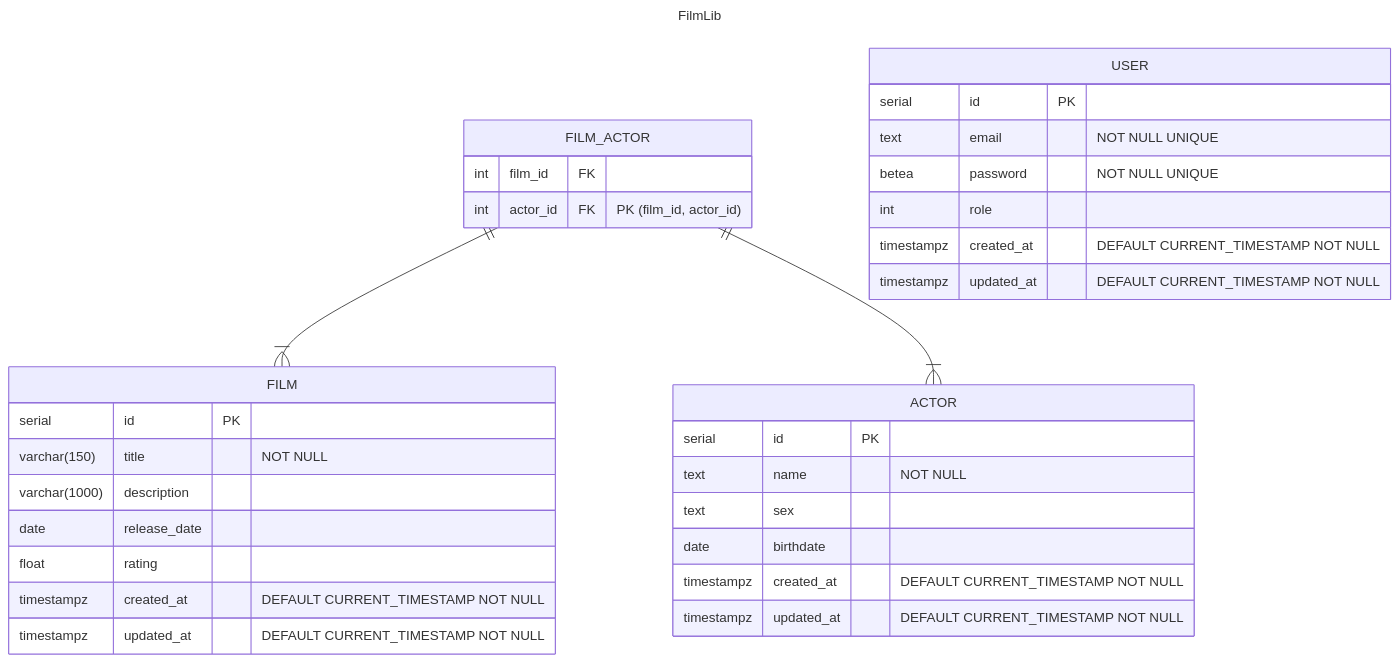
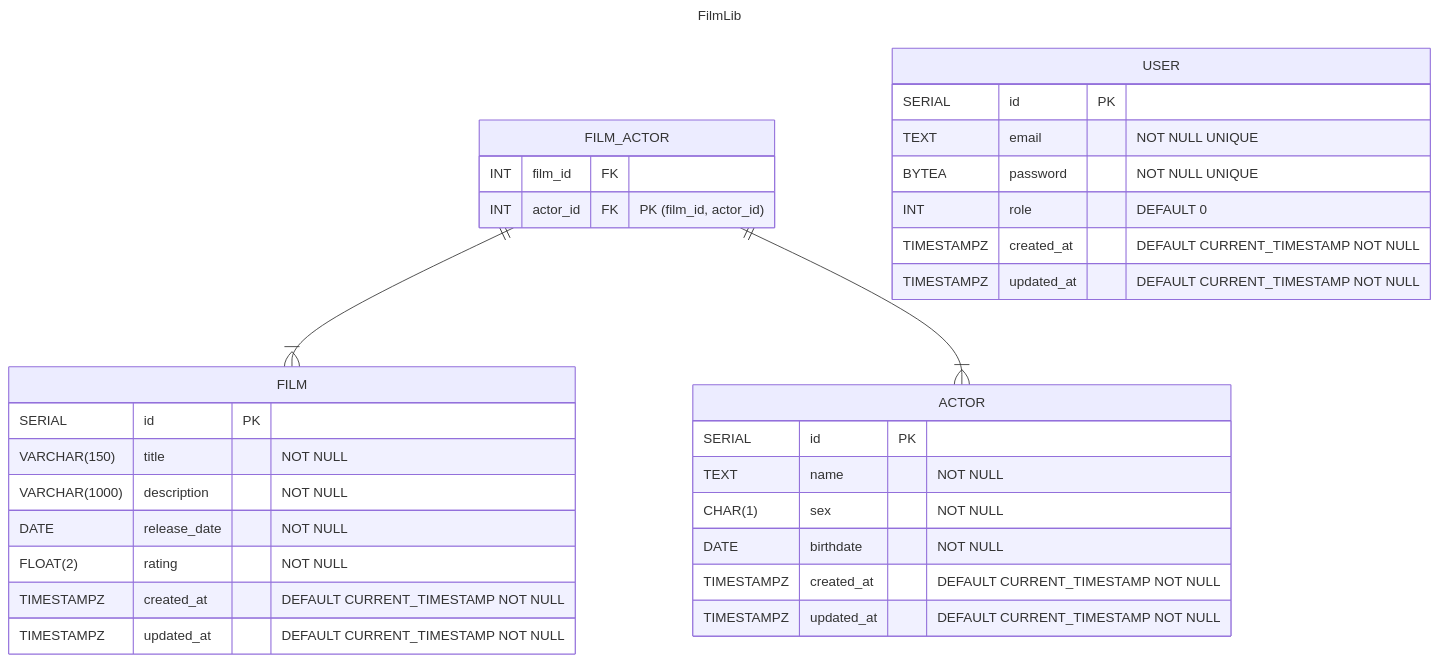
One commit to ellexo2456/FilmLib changed the diagram in docs/db/ER.md. Above: the diagram before and after it, drawn with Mermaid. The commit also changed 12 other files, not shown here.

````diff
--- a/docs/db/ER.md
+++ b/docs/db/ER.md
@@ -3,41 +3,41 @@
 ```mermaid
 ---
 title: FilmLib
 ---
 erDiagram
     ACTOR {
-        serial id PK
-        text name "NOT NULL"
-        text sex
-        date birthdate
-        timestampz created_at "DEFAULT CURRENT_TIMESTAMP NOT NULL"
-        timestampz updated_at "DEFAULT CURRENT_TIMESTAMP NOT NULL"
+        SERIAL id PK
+        TEXT name "NOT NULL"
+        CHAR(1) sex "NOT NULL"
+        DATE birthdate "NOT NULL"
+        TIMESTAMPZ created_at "DEFAULT CURRENT_TIMESTAMP NOT NULL"
+        TIMESTAMPZ updated_at "DEFAULT CURRENT_TIMESTAMP NOT NULL"
     }
 
     FILM {
-       serial id PK
-       varchar(150) title "NOT NULL"
-       varchar(1000) description
-       date release_date
-       float rating
-       timestampz created_at "DEFAULT CURRENT_TIMESTAMP NOT NULL"
-       timestampz updated_at "DEFAULT CURRENT_TIMESTAMP NOT NULL"
+       SERIAL id PK
+       VARCHAR(150) title "NOT NULL"
+       VARCHAR(1000) description "NOT NULL"
+       DATE release_date "NOT NULL"
+       FLOAT(2) rating "NOT NULL"
+       TIMESTAMPZ created_at "DEFAULT CURRENT_TIMESTAMP NOT NULL"
+       TIMESTAMPZ updated_at "DEFAULT CURRENT_TIMESTAMP NOT NULL"
     }
 
     FILM_ACTOR ||--|{ FILM: ""
     FILM_ACTOR ||--|{ ACTOR: ""
     FILM_ACTOR {
-        int film_id FK
-        int actor_id FK
+        INT film_id FK
+        INT actor_id FK
         "PK (film_id, actor_id)"
     }
     
      USER {
-        serial id PK
-        text email "NOT NULL UNIQUE"
-        betea password "NOT NULL UNIQUE"
-        int role
-        timestampz created_at "DEFAULT CURRENT_TIMESTAMP NOT NULL"
-        timestampz updated_at "DEFAULT CURRENT_TIMESTAMP NOT NULL"
+        SERIAL id PK
+        TEXT email "NOT NULL UNIQUE"
+        BYTEA password "NOT NULL UNIQUE"
+        INT role "DEFAULT 0"
+        TIMESTAMPZ created_at "DEFAULT CURRENT_TIMESTAMP NOT NULL"
+        TIMESTAMPZ updated_at "DEFAULT CURRENT_TIMESTAMP NOT NULL"
     }
 ```
````
